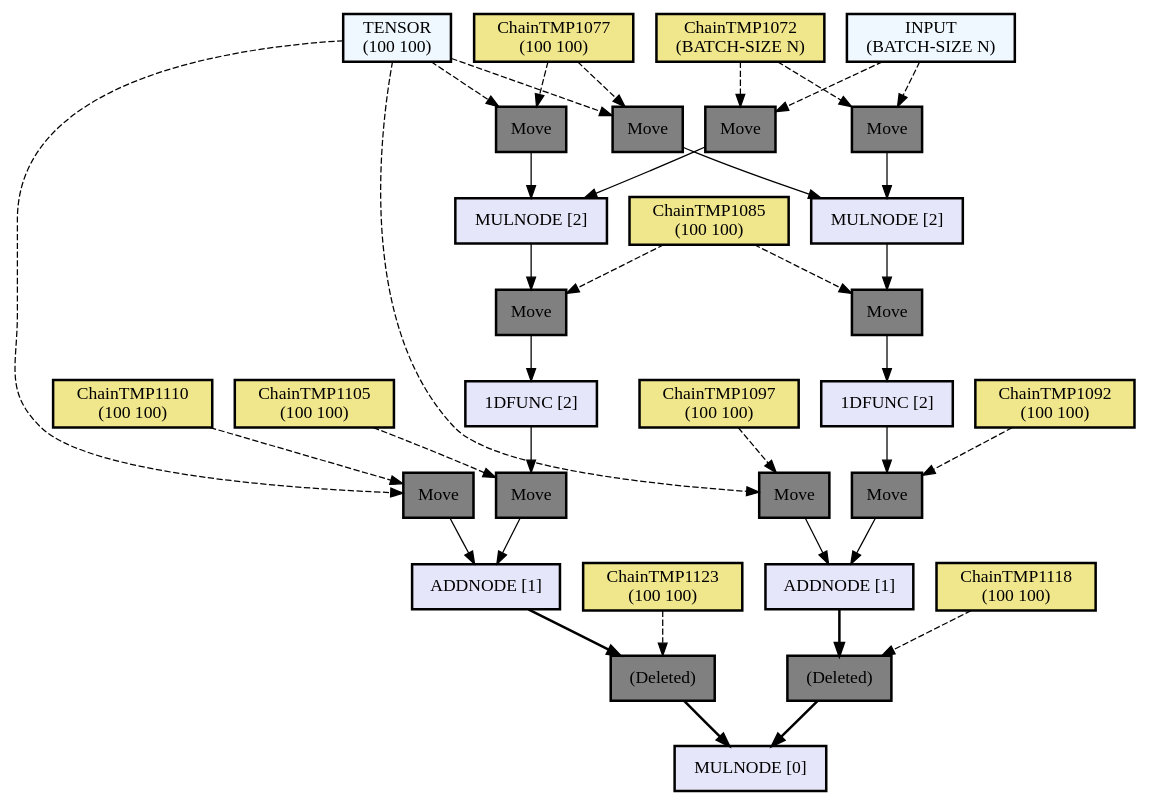
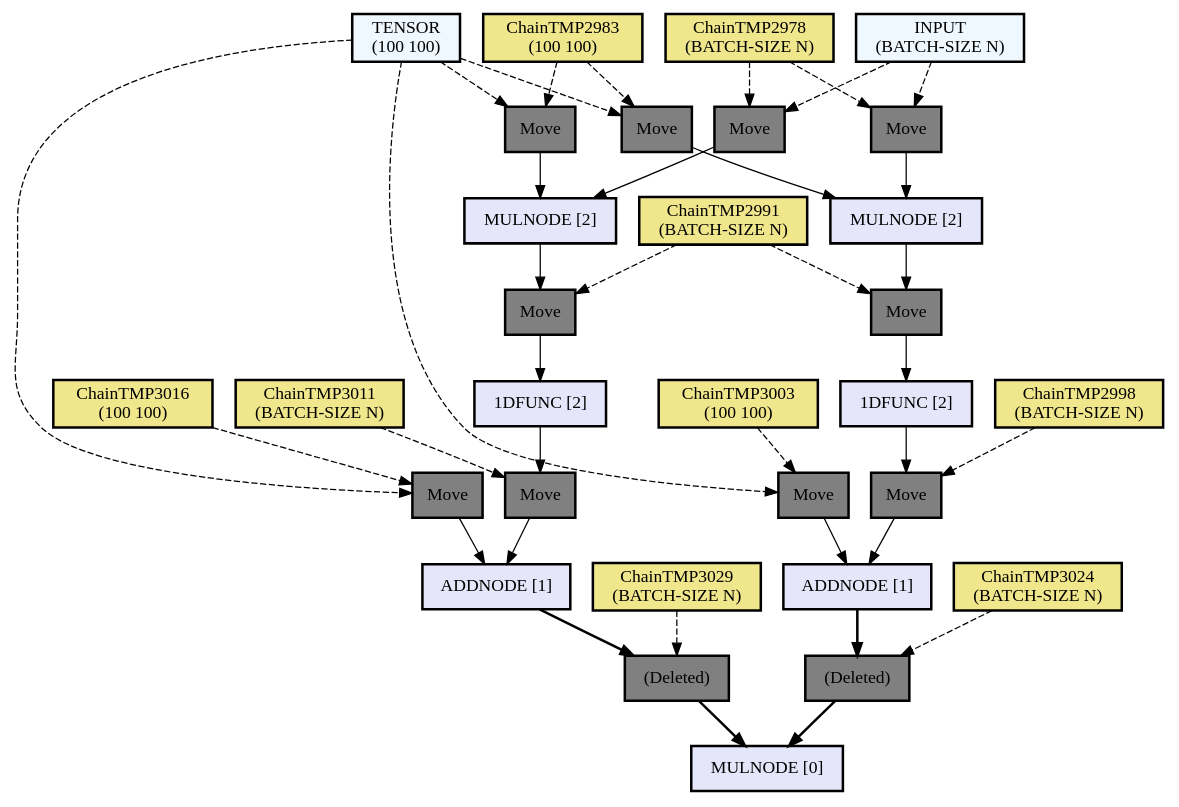
Before and after one commit to hikettei/cl-waffe2: the diagram in assets/out2.dot, drawn with Graphviz. The commit also changed 10 other files, not shown here.

```diff
--- a/assets/out2.dot
+++ b/assets/out2.dot
@@ -1,94 +1,94 @@
 digraph computation_node {
   node[shape="box" style="filled" color="black" penwidth="2"];
   TENSOR [label = "TENSOR
 (100 100)" fillcolor="#f0f8ff" style="filled, solid"];
-  ChainTMP1110 [label = "ChainTMP1110
+  ChainTMP3016 [label = "ChainTMP3016
 (100 100)" fillcolor="#f0e68c" style="filled, solid"];
-  NODE1192 [label = "Move" fillcolor="gray" style="filled, solid"];
+  NODE3088 [label = "Move" fillcolor="gray" style="filled, solid"];
   TENSOR [label = "TENSOR
 (100 100)" fillcolor="#f0f8ff" style="filled, solid"];
-  ChainTMP1077 [label = "ChainTMP1077
+  ChainTMP2983 [label = "ChainTMP2983
 (100 100)" fillcolor="#f0e68c" style="filled, solid"];
-  NODE1189 [label = "Move" fillcolor="gray" style="filled, solid"];
+  NODE3085 [label = "Move" fillcolor="gray" style="filled, solid"];
   INPUT [label = "INPUT
 (BATCH-SIZE N)" fillcolor="#f0f8ff" style="filled, solid"];
-  ChainTMP1072 [label = "ChainTMP1072
+  ChainTMP2978 [label = "ChainTMP2978
 (BATCH-SIZE N)" fillcolor="#f0e68c" style="filled, solid"];
-  NODE1186 [label = "Move" fillcolor="gray" style="filled, solid"];
-  NODE1185 [label = "MULNODE [2]" fillcolor="#e6e6fa" style="filled, solid"];
-  ChainTMP1085 [label = "ChainTMP1085
-(100 100)" fillcolor="#f0e68c" style="filled, solid"];
-  NODE1183 [label = "Move" fillcolor="gray" style="filled, solid"];
-  NODE1182 [label = "1DFUNC [2]" fillcolor="#e6e6fa" style="filled, solid"];
-  ChainTMP1105 [label = "ChainTMP1105
-(100 100)" fillcolor="#f0e68c" style="filled, solid"];
-  NODE1180 [label = "Move" fillcolor="gray" style="filled, solid"];
-  NODE1179 [label = "ADDNODE [1]" fillcolor="#e6e6fa" style="filled, solid"];
-  ChainTMP1123 [label = "ChainTMP1123
-(100 100)" fillcolor="#f0e68c" style="filled, solid"];
-  NODE1177 [label = "(Deleted)" fillcolor="gray" style="filled, solid"];
+  NODE3082 [label = "Move" fillcolor="gray" style="filled, solid"];
+  NODE3081 [label = "MULNODE [2]" fillcolor="#e6e6fa" style="filled, solid"];
+  ChainTMP2991 [label = "ChainTMP2991
+(BATCH-SIZE N)" fillcolor="#f0e68c" style="filled, solid"];
+  NODE3079 [label = "Move" fillcolor="gray" style="filled, solid"];
+  NODE3078 [label = "1DFUNC [2]" fillcolor="#e6e6fa" style="filled, solid"];
+  ChainTMP3011 [label = "ChainTMP3011
+(BATCH-SIZE N)" fillcolor="#f0e68c" style="filled, solid"];
+  NODE3076 [label = "Move" fillcolor="gray" style="filled, solid"];
+  NODE3075 [label = "ADDNODE [1]" fillcolor="#e6e6fa" style="filled, solid"];
+  ChainTMP3029 [label = "ChainTMP3029
+(BATCH-SIZE N)" fillcolor="#f0e68c" style="filled, solid"];
+  NODE3073 [label = "(Deleted)" fillcolor="gray" style="filled, solid"];
   TENSOR [label = "TENSOR
 (100 100)" fillcolor="#f0f8ff" style="filled, solid"];
-  ChainTMP1097 [label = "ChainTMP1097
+  ChainTMP3003 [label = "ChainTMP3003
 (100 100)" fillcolor="#f0e68c" style="filled, solid"];
-  NODE1174 [label = "Move" fillcolor="gray" style="filled, solid"];
+  NODE3070 [label = "Move" fillcolor="gray" style="filled, solid"];
   TENSOR [label = "TENSOR
 (100 100)" fillcolor="#f0f8ff" style="filled, solid"];
-  ChainTMP1077 [label = "ChainTMP1077
+  ChainTMP2983 [label = "ChainTMP2983
 (100 100)" fillcolor="#f0e68c" style="filled, solid"];
-  NODE1171 [label = "Move" fillcolor="gray" style="filled, solid"];
+  NODE3067 [label = "Move" fillcolor="gray" style="filled, solid"];
   INPUT [label = "INPUT
 (BATCH-SIZE N)" fillcolor="#f0f8ff" style="filled, solid"];
-  ChainTMP1072 [label = "ChainTMP1072
+  ChainTMP2978 [label = "ChainTMP2978
 (BATCH-SIZE N)" fillcolor="#f0e68c" style="filled, solid"];
-  NODE1168 [label = "Move" fillcolor="gray" style="filled, solid"];
-  NODE1167 [label = "MULNODE [2]" fillcolor="#e6e6fa" style="filled, solid"];
-  ChainTMP1085 [label = "ChainTMP1085
-(100 100)" fillcolor="#f0e68c" style="filled, solid"];
-  NODE1165 [label = "Move" fillcolor="gray" style="filled, solid"];
-  NODE1164 [label = "1DFUNC [2]" fillcolor="#e6e6fa" style="filled, solid"];
-  ChainTMP1092 [label = "ChainTMP1092
-(100 100)" fillcolor="#f0e68c" style="filled, solid"];
-  NODE1162 [label = "Move" fillcolor="gray" style="filled, solid"];
-  NODE1161 [label = "ADDNODE [1]" fillcolor="#e6e6fa" style="filled, solid"];
-  ChainTMP1118 [label = "ChainTMP1118
-(100 100)" fillcolor="#f0e68c" style="filled, solid"];
-  NODE1159 [label = "(Deleted)" fillcolor="gray" style="filled, solid"];
-  NODE1158 [label = "MULNODE [0]" fillcolor="#e6e6fa" style="filled, solid"];
-  NODE1159 -> NODE1158[penwidth="2"];
-  ChainTMP1118 -> NODE1159[style="dashed"];
-  NODE1161 -> NODE1159[penwidth="2"];
-  NODE1162 -> NODE1161[weight=10];
-  ChainTMP1092 -> NODE1162[style="dashed"];
-  NODE1164 -> NODE1162[weight=10];
-  NODE1165 -> NODE1164[weight=10];
-  ChainTMP1085 -> NODE1165[style="dashed"];
-  NODE1167 -> NODE1165[weight=10];
-  NODE1168 -> NODE1167[weight=10];
-  ChainTMP1072 -> NODE1168[style="dashed"];
-  INPUT -> NODE1168[style="dashed"];
-  NODE1171 -> NODE1167[weight=10];
-  ChainTMP1077 -> NODE1171[style="dashed"];
-  TENSOR -> NODE1171[style="dashed"];
-  NODE1174 -> NODE1161[weight=10];
-  ChainTMP1097 -> NODE1174[style="dashed"];
-  TENSOR -> NODE1174[style="dashed"];
-  NODE1177 -> NODE1158[penwidth="2"];
-  ChainTMP1123 -> NODE1177[style="dashed"];
-  NODE1179 -> NODE1177[penwidth="2"];
-  NODE1180 -> NODE1179[weight=10];
-  ChainTMP1105 -> NODE1180[style="dashed"];
-  NODE1182 -> NODE1180[weight=10];
-  NODE1183 -> NODE1182[weight=10];
-  ChainTMP1085 -> NODE1183[style="dashed"];
-  NODE1185 -> NODE1183[weight=10];
-  NODE1186 -> NODE1185[weight=10];
-  ChainTMP1072 -> NODE1186[style="dashed"];
-  INPUT -> NODE1186[style="dashed"];
-  NODE1189 -> NODE1185[weight=10];
-  ChainTMP1077 -> NODE1189[style="dashed"];
-  TENSOR -> NODE1189[style="dashed"];
-  NODE1192 -> NODE1179[weight=10];
-  ChainTMP1110 -> NODE1192[style="dashed"];
-  TENSOR -> NODE1192[style="dashed"];
+  NODE3064 [label = "Move" fillcolor="gray" style="filled, solid"];
+  NODE3063 [label = "MULNODE [2]" fillcolor="#e6e6fa" style="filled, solid"];
+  ChainTMP2991 [label = "ChainTMP2991
+(BATCH-SIZE N)" fillcolor="#f0e68c" style="filled, solid"];
+  NODE3061 [label = "Move" fillcolor="gray" style="filled, solid"];
+  NODE3060 [label = "1DFUNC [2]" fillcolor="#e6e6fa" style="filled, solid"];
+  ChainTMP2998 [label = "ChainTMP2998
+(BATCH-SIZE N)" fillcolor="#f0e68c" style="filled, solid"];
+  NODE3058 [label = "Move" fillcolor="gray" style="filled, solid"];
+  NODE3057 [label = "ADDNODE [1]" fillcolor="#e6e6fa" style="filled, solid"];
+  ChainTMP3024 [label = "ChainTMP3024
+(BATCH-SIZE N)" fillcolor="#f0e68c" style="filled, solid"];
+  NODE3055 [label = "(Deleted)" fillcolor="gray" style="filled, solid"];
+  NODE3054 [label = "MULNODE [0]" fillcolor="#e6e6fa" style="filled, solid"];
+  NODE3055 -> NODE3054[penwidth="2"];
+  ChainTMP3024 -> NODE3055[style="dashed"];
+  NODE3057 -> NODE3055[penwidth="2"];
+  NODE3058 -> NODE3057[weight=10];
+  ChainTMP2998 -> NODE3058[style="dashed"];
+  NODE3060 -> NODE3058[weight=10];
+  NODE3061 -> NODE3060[weight=10];
+  ChainTMP2991 -> NODE3061[style="dashed"];
+  NODE3063 -> NODE3061[weight=10];
+  NODE3064 -> NODE3063[weight=10];
+  ChainTMP2978 -> NODE3064[style="dashed"];
+  INPUT -> NODE3064[style="dashed"];
+  NODE3067 -> NODE3063[weight=10];
+  ChainTMP2983 -> NODE3067[style="dashed"];
+  TENSOR -> NODE3067[style="dashed"];
+  NODE3070 -> NODE3057[weight=10];
+  ChainTMP3003 -> NODE3070[style="dashed"];
+  TENSOR -> NODE3070[style="dashed"];
+  NODE3073 -> NODE3054[penwidth="2"];
+  ChainTMP3029 -> NODE3073[style="dashed"];
+  NODE3075 -> NODE3073[penwidth="2"];
+  NODE3076 -> NODE3075[weight=10];
+  ChainTMP3011 -> NODE3076[style="dashed"];
+  NODE3078 -> NODE3076[weight=10];
+  NODE3079 -> NODE3078[weight=10];
+  ChainTMP2991 -> NODE3079[style="dashed"];
+  NODE3081 -> NODE3079[weight=10];
+  NODE3082 -> NODE3081[weight=10];
+  ChainTMP2978 -> NODE3082[style="dashed"];
+  INPUT -> NODE3082[style="dashed"];
+  NODE3085 -> NODE3081[weight=10];
+  ChainTMP2983 -> NODE3085[style="dashed"];
+  TENSOR -> NODE3085[style="dashed"];
+  NODE3088 -> NODE3075[weight=10];
+  ChainTMP3016 -> NODE3088[style="dashed"];
+  TENSOR -> NODE3088[style="dashed"];
 }
```
